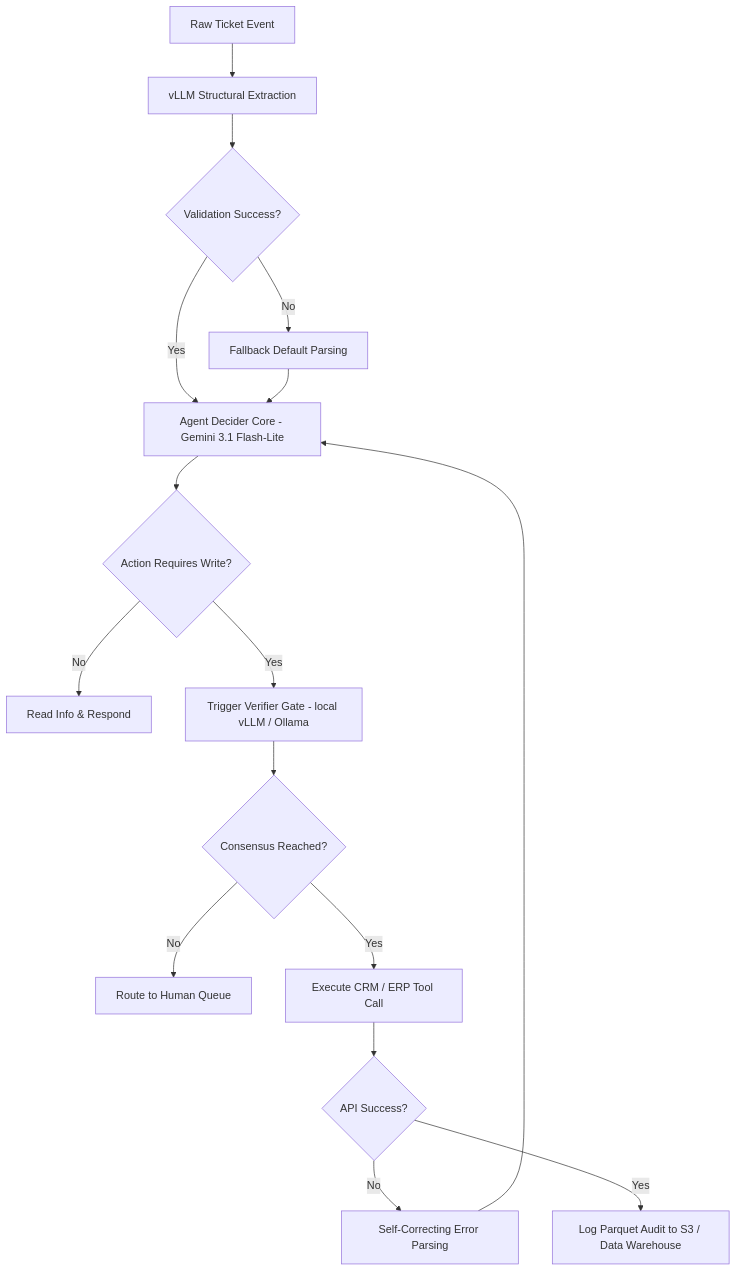
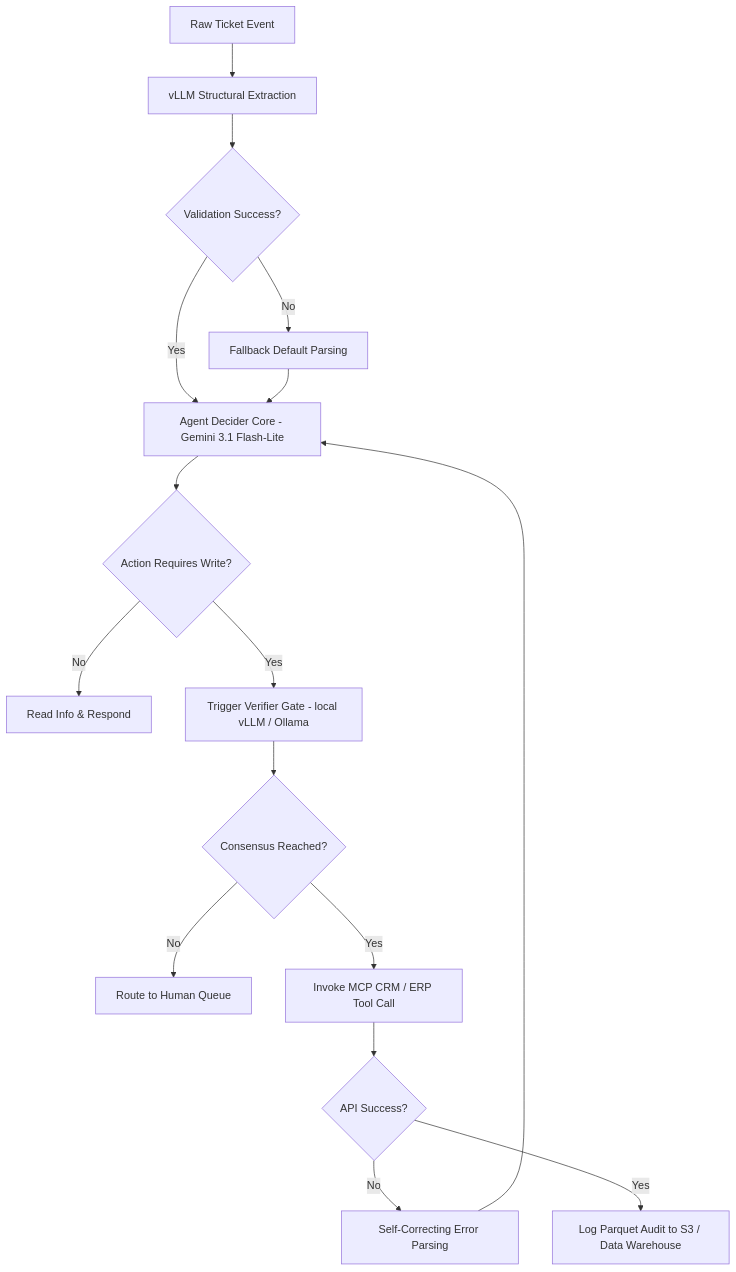
The diagram in project.md (Edric2412/AWS1), drawn with Mermaid before and after one commit. The commit also changed other lines of this file and 4 other files, not shown here.

Commit message:
feat: integrate FastMCP server for standardized CRM/ERP tool invocation and update system documentation.

````diff
--- a/project.md
+++ b/project.md
@@ -440,18 +450,18 @@
 ```mermaid
 graph TD
     A[Raw Ticket Event] --> B[vLLM Structural Extraction]
     B --> C{"Validation Success?"}
     C -->|No| D[Fallback Default Parsing]
     C -->|Yes| E[Agent Decider Core - Gemini 3.1 Flash-Lite]
     D --> E
     E --> F{"Action Requires Write?"}
     F -->|No| G[Read Info & Respond]
     F -->|Yes| H[Trigger Verifier Gate - local vLLM / Ollama]
     H --> I{"Consensus Reached?"}
     I -->|No| J[Route to Human Queue]
-    I -->|Yes| K[Execute CRM / ERP Tool Call]
+    I -->|Yes| K[Invoke MCP CRM / ERP Tool Call]
     K --> L{"API Success?"}
     L -->|No| M[Self-Correcting Error Parsing]
     M --> E
     L -->|Yes| N[Log Parquet Audit to S3 / Data Warehouse]
 ```
````
